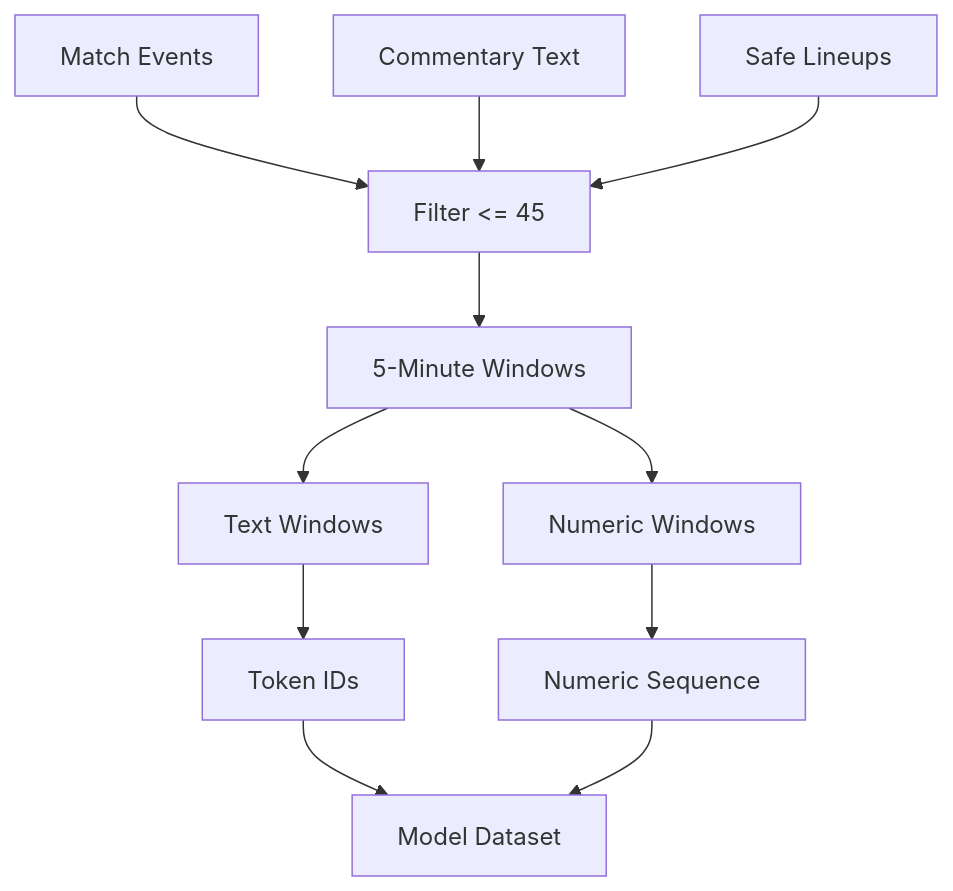
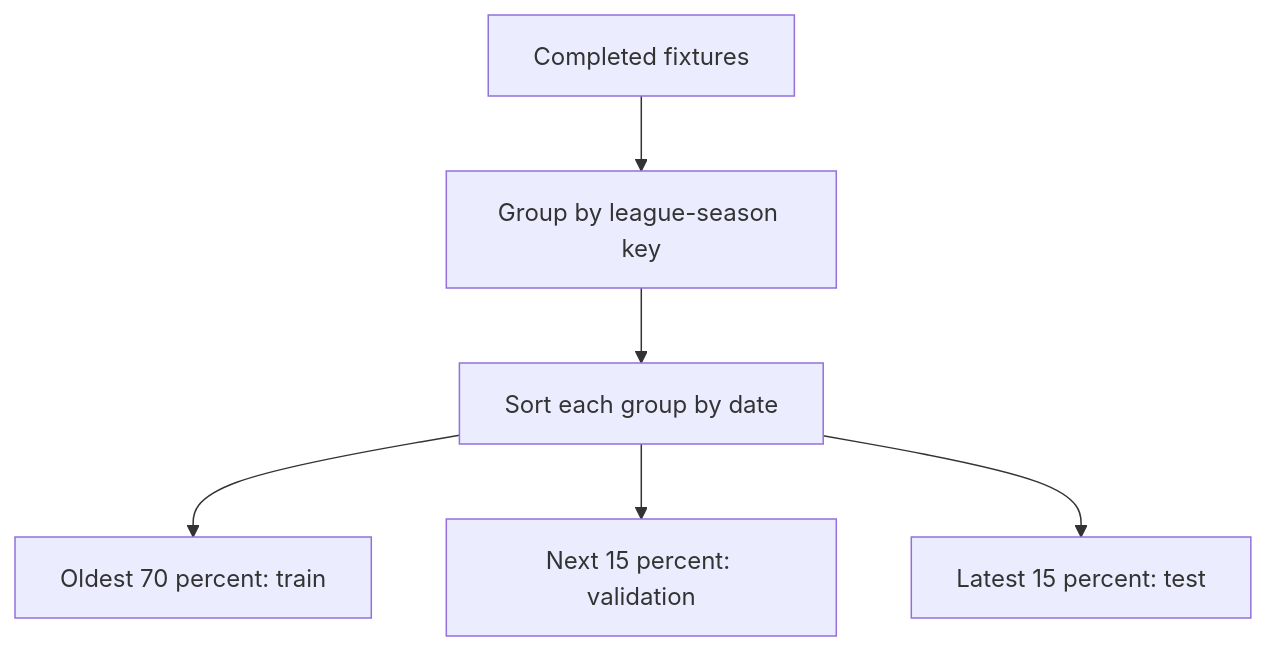
The second of 3 diagrams in docs/architecture.md (oguzhanozkaya/football-inplay-prediction), drawn with Mermaid before and after one commit. The commit also changed other lines of this file and 21 other files, not shown here.

Commit message:
refactor: consolidate pipeline into fig script

````diff
--- a/docs/architecture.md
+++ b/docs/architecture.md
@@ -58,13 +56,8 @@
 ```mermaid
 flowchart TD
-    A[Match Events] --> B[Filter <= 45]
-    C[Commentary Text] --> B
-    D[Safe Lineups] --> B
-    B --> E[5-Minute Windows]
-    E --> F[Text Windows]
-    E --> G[Numeric Windows]
-    F --> H[Token IDs]
-    G --> I[Numeric Sequence]
-    H --> J[Model Dataset]
-    I --> J
+    A[Completed fixtures] --> B[Group by league-season key]
+    B --> C[Sort each group by date]
+    C --> D[Oldest 70 percent: train]
+    C --> E[Next 15 percent: validation]
+    C --> F[Latest 15 percent: test]
 ```
````
